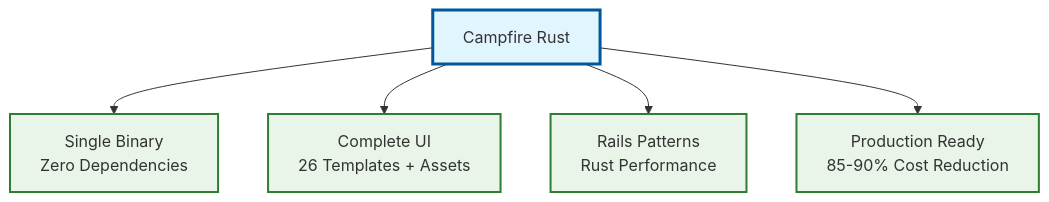
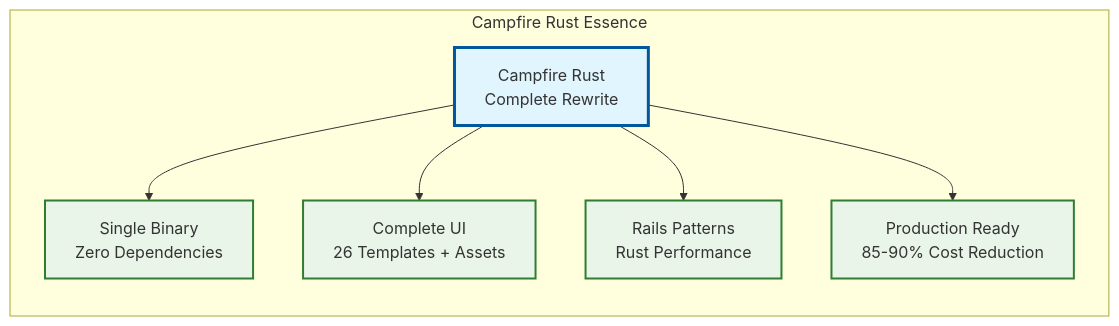
One commit to that-in-rust/campfire-on-rust changed the first of 12 diagrams in README.md. Above: the diagram before and after it, drawn with Mermaid. The commit also changed other lines of this file, not shown here.

````diff
--- a/README.md
+++ b/README.md
@@ -11,13 +11,17 @@
 ```mermaid
 graph TD
-    A[Campfire Rust] --> B[Single Binary<br/>Zero Dependencies]
-    A --> C[Complete UI<br/>26 Templates + Assets]
-    A --> D[Rails Patterns<br/>Rust Performance]
-    A --> E[Production Ready<br/>85-90% Cost Reduction]
+    subgraph "Campfire Rust Essence"
+        direction TB
+        A[Campfire Rust<br/>Complete Rewrite]
+        A --> B[Single Binary<br/>Zero Dependencies]
+        A --> C[Complete UI<br/>26 Templates + Assets]
+        A --> D[Rails Patterns<br/>Rust Performance]
+        A --> E[Production Ready<br/>85-90% Cost Reduction]
+    end
     
     classDef essence fill:#e1f5fe,stroke:#01579b,stroke-width:3px
     classDef benefit fill:#e8f5e8,stroke:#2e7d32,stroke-width:2px
     
     class A essence
     class B,C,D,E benefit
 ```
````
